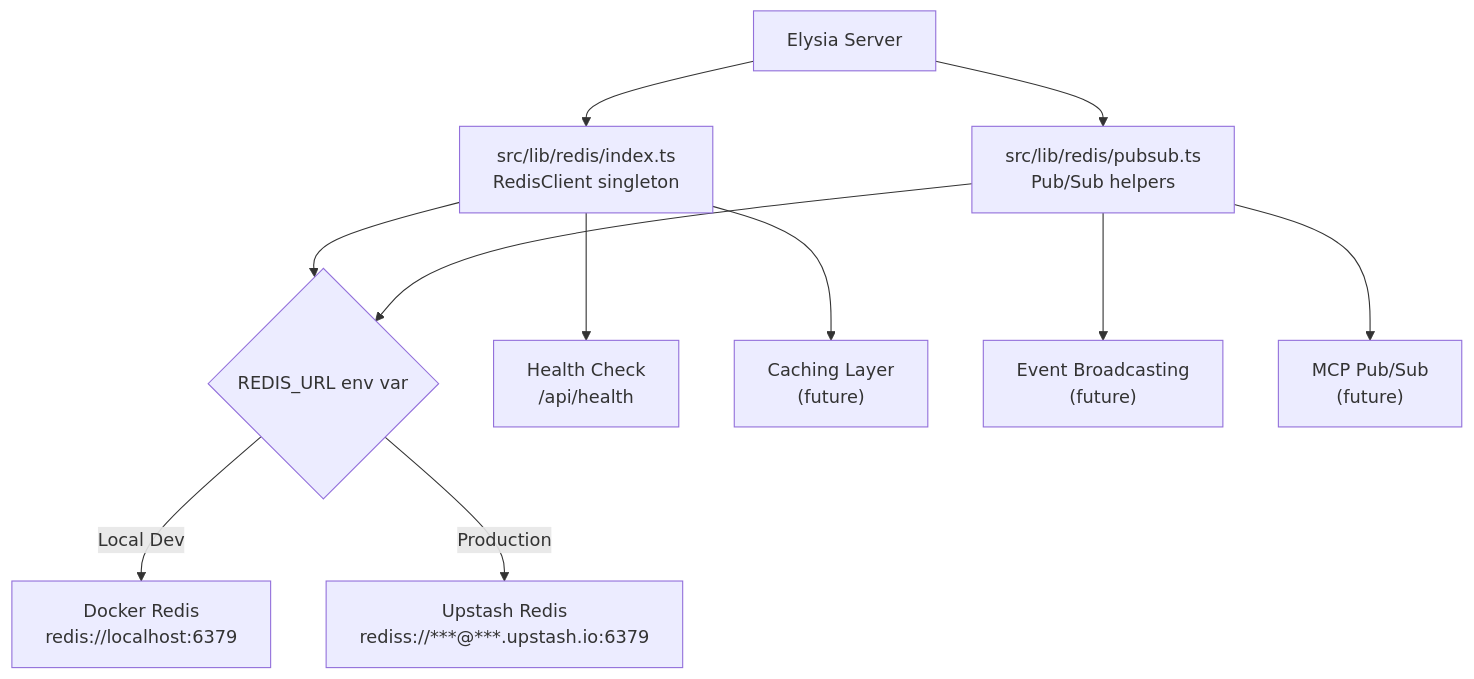
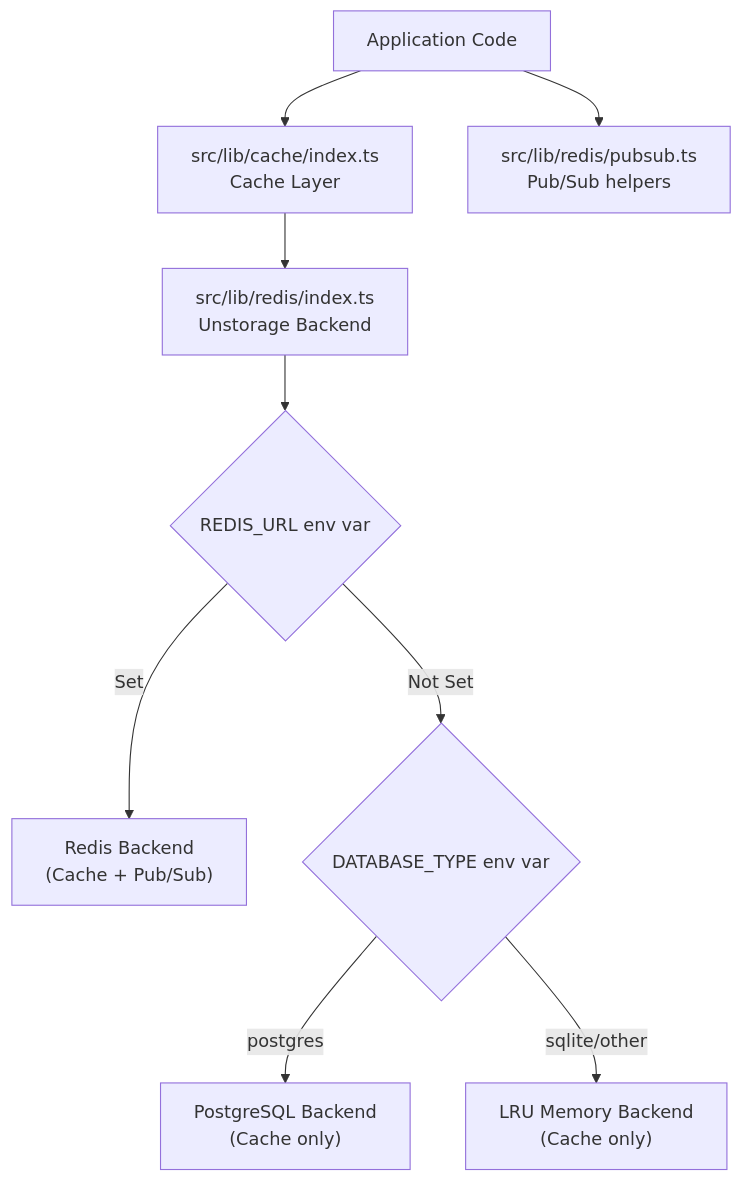
The diagram in knowledge/plans/phase-7.1-redis-implementation-plan.md (rjoydip/tss-elysia), drawn with Mermaid before and after one commit. The commit also changed other lines of this file and 21 other files, not shown here.

First line of the commit message:
feat: add E2E tests for authenticated dashboard pages and fix serverSsr.dehydrate TypeError

````diff
--- a/knowledge/plans/phase-7.1-redis-implementation-plan.md
+++ b/knowledge/plans/phase-7.1-redis-implementation-plan.md
@@ -17,13 +9,11 @@
 ```mermaid
 graph TD
-    A["Elysia Server"] --> B["src/lib/redis/index.ts<br/>RedisClient singleton"]
+    A["Application Code"] --> B["src/lib/cache/index.ts<br/>Cache Layer"]
     A --> C["src/lib/redis/pubsub.ts<br/>Pub/Sub helpers"]
-    B --> D{"REDIS_URL env var"}
-    C --> D
-    D -->|Local Dev| E["Docker Redis<br/>redis://localhost:6379"]
-    D -->|Production| F["Upstash Redis<br/>rediss://***@***.upstash.io:6379"]
-    B --> G["Health Check<br/>/api/health"]
-    B --> H["Caching Layer<br/>(future)"]
-    C --> I["Event Broadcasting<br/>(future)"]
-    C --> J["MCP Pub/Sub<br/>(future)"]
+    B --> D["src/lib/redis/index.ts<br/>Unstorage Backend"]
+    D --> E{REDIS_URL env var}
+    E -->|Set| F["Redis Backend<br/>(Cache + Pub/Sub)"]
+    E -->|Not Set| G{DATABASE_TYPE env var}
+    G -->|postgres| H["PostgreSQL Backend<br/>(Cache only)"]
+    G -->|sqlite/other| I["LRU Memory Backend<br/>(Cache only)"]
 ```
````
